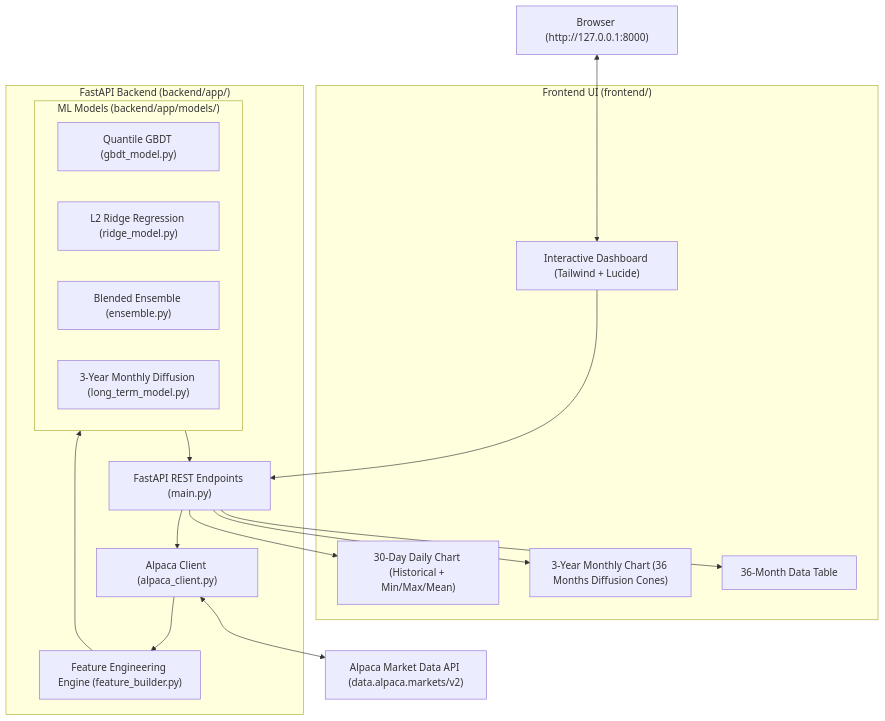
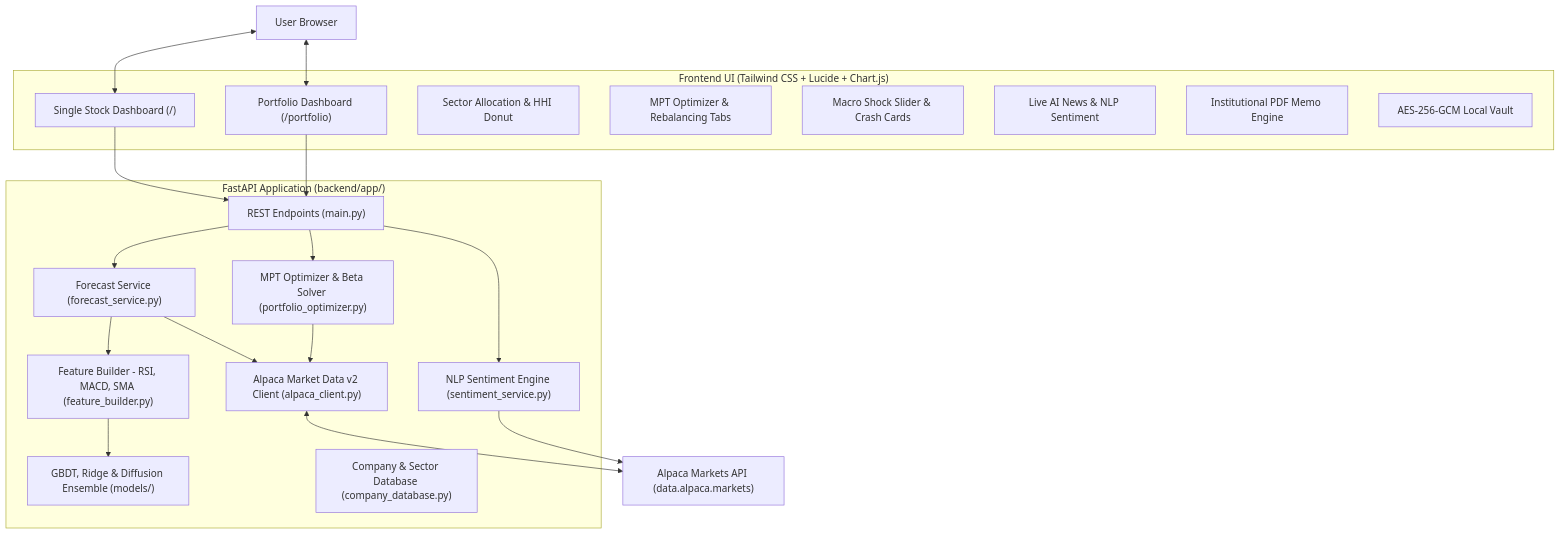
Before and after one commit to nik-khurana/stock-forecast: the diagram in README.md, drawn with Mermaid. The commit also changed other lines of this file, not shown here.

Commit message:
docs: update README with full institutional feature suite, MPT optimizer, and API reference

````diff
--- a/README.md
+++ b/README.md
@@ -33,37 +70,42 @@
 ```mermaid
 flowchart TD
-    User["Browser (http://127.0.0.1:8000)"]
+    User["User Browser"]
     
-    subgraph Frontend ["Frontend UI (frontend/)"]
-        Dashboard["Interactive Dashboard (Tailwind + Lucide)"]
-        Chart30["30-Day Daily Chart (Historical + Min/Max/Mean)"]
-        Chart3Y["3-Year Monthly Chart (36 Months Diffusion Cones)"]
-        Table36["36-Month Data Table"]
+    subgraph Frontend ["Frontend UI (Tailwind CSS + Lucide + Chart.js)"]
+        SingleStock["Single Stock Dashboard (/)"]
+        PortfolioDash["Portfolio Dashboard (/portfolio)"]
+        SectorDonut["Sector Allocation & HHI Donut"]
+        OptimizerUI["MPT Optimizer & Rebalancing Tabs"]
+        SimulatorUI["Macro Shock Slider & Crash Cards"]
+        NewsUI["Live AI News & NLP Sentiment"]
+        PDFExport["Institutional PDF Memo Engine"]
+        VaultSec["AES-256-GCM Local Vault"]
     end
     
-    subgraph Backend ["FastAPI Backend (backend/app/)"]
-        API["FastAPI REST Endpoints (main.py)"]
-        Alpaca["Alpaca Client (alpaca_client.py)"]
-        Features["Feature Engineering Engine (feature_builder.py)"]
-        
-        subgraph ML ["ML Models (backend/app/models/)"]
-            GBDT["Quantile GBDT (gbdt_model.py)"]
-            Ridge["L2 Ridge Regression (ridge_model.py)"]
-            Ensemble["Blended Ensemble (ensemble.py)"]
-            LongTerm["3-Year Monthly Diffusion (long_term_model.py)"]
-        end
+    subgraph Backend ["FastAPI Application (backend/app/)"]
+        Router["REST Endpoints (main.py)"]
+        ForecastSvc["Forecast Service (forecast_service.py)"]
+        OptimizerEngine["MPT Optimizer & Beta Solver (portfolio_optimizer.py)"]
+        SentimentSvc["NLP Sentiment Engine (sentiment_service.py)"]
+        FeatureEng["Feature Builder - RSI, MACD, SMA (feature_builder.py)"]
+        MLModels["GBDT, Ridge & Diffusion Ensemble (models/)"]
+        CompanyDB["Company & Sector Database (company_database.py)"]
+        AlpacaClient["Alpaca Market Data v2 Client (alpaca_client.py)"]
     end
     
-    AlpacaAPI["Alpaca Market Data API (data.alpaca.markets/v2)"]
+    AlpacaAPI["Alpaca Markets API (data.alpaca.markets)"]
 
-    User <--> Dashboard
-    Dashboard --> API
-    API --> Alpaca
-    Alpaca <--> AlpacaAPI
-    Alpaca --> Features
-    Features --> ML
-    ML --> API
-    API --> Chart30
-    API --> Chart3Y
-    API --> Table36
+    User <--> SingleStock
+    User <--> PortfolioDash
+    SingleStock --> Router
+    PortfolioDash --> Router
+    Router --> ForecastSvc
+    Router --> OptimizerEngine
+    Router --> SentimentSvc
+    ForecastSvc --> FeatureEng
+    FeatureEng --> MLModels
+    ForecastSvc --> AlpacaClient
+    OptimizerEngine --> AlpacaClient
+    SentimentSvc --> AlpacaAPI
+    AlpacaClient <--> AlpacaAPI
 ```
````
